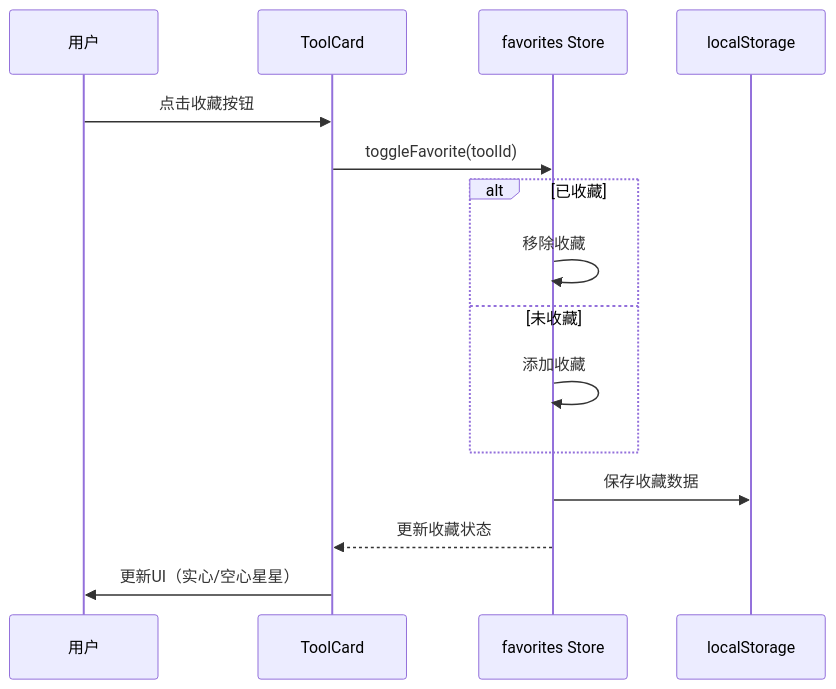
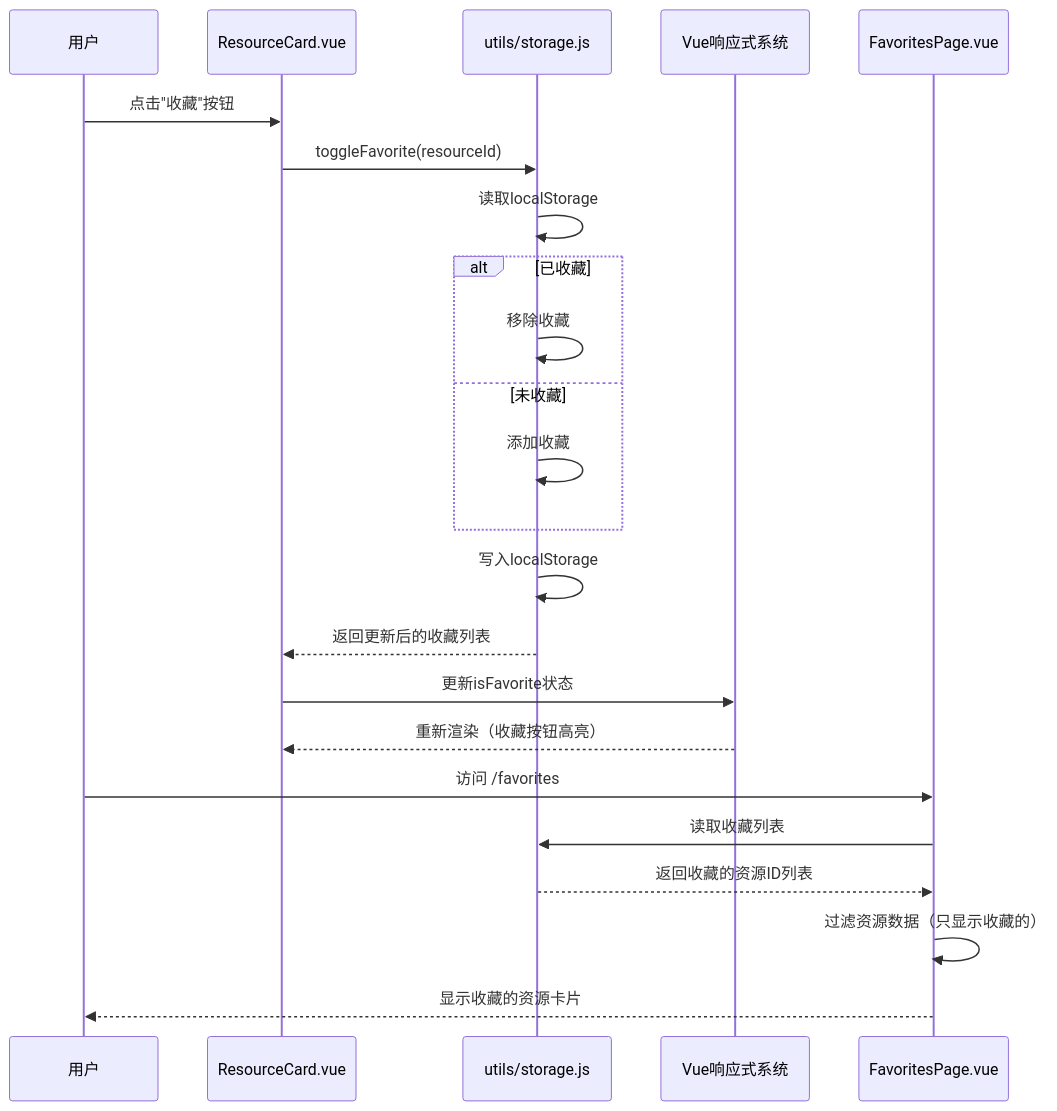
One commit to Eplayed/anhei-games changed the fourth of 4 diagrams in docs/ARCHITECTURE.md. Above: the diagram before and after it, drawn with Mermaid. The commit also changed other lines of this file and 42 other files, not shown here.

````diff
--- a/docs/ARCHITECTURE.md
+++ b/docs/ARCHITECTURE.md
@@ -473,20 +284,26 @@
 ```mermaid
 sequenceDiagram
     participant U as 用户
-    participant C as ToolCard
-    participant S as favorites Store
-    participant L as localStorage
+    participant C as ResourceCard.vue
+    participant S as utils/storage.js
+    participant V as Vue响应式系统
+    participant F as FavoritesPage.vue
 
-    U->>C: 点击收藏按钮
-    C->>S: toggleFavorite(toolId)
-    
+    U->>C: 点击"收藏"按钮
+    C->>S: toggleFavorite(resourceId)
+    S->>S: 读取localStorage
     alt 已收藏
         S->>S: 移除收藏
     else 未收藏
         S->>S: 添加收藏
     end
-    
-    S->>L: 保存收藏数据
-    S-->>C: 更新收藏状态
-    C->>U: 更新UI（实心/空心星星）
+    S->>S: 写入localStorage
+    S-->>C: 返回更新后的收藏列表
+    C->>V: 更新isFavorite状态
+    V-->>C: 重新渲染（收藏按钮高亮）
+    U->>F: 访问 /favorites
+    F->>S: 读取收藏列表
+    S-->>F: 返回收藏的资源ID列表
+    F->>F: 过滤资源数据（只显示收藏的）
+    F-->>U: 显示收藏的资源卡片
 ```
````
